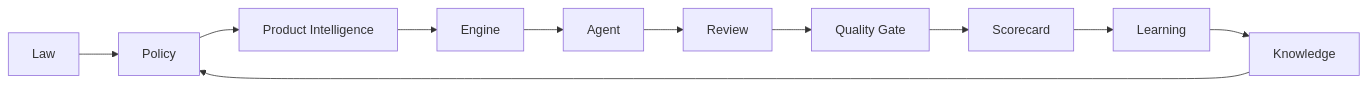
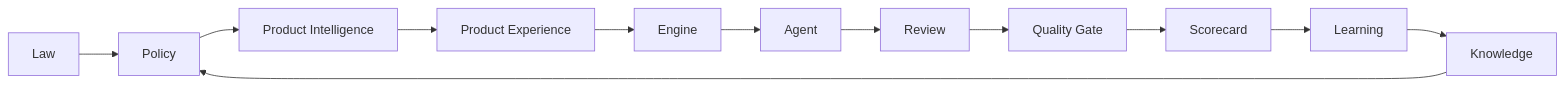
The diagram in knowledge-graph/README.md (thyags/method-ceip), drawn with Mermaid before and after one commit. The commit also changed other lines of this file and 130 other files, not shown here.

Commit message:
Add product experience system to CEIP

````diff
--- a/knowledge-graph/README.md
+++ b/knowledge-graph/README.md
@@ -38,13 +39,14 @@
 ```mermaid
 flowchart LR
     A["Law"] --> B["Policy"]
     B --> C["Product Intelligence"]
-    C --> D["Engine"]
-    D --> E["Agent"]
-    E --> F["Review"]
-    F --> G["Quality Gate"]
-    G --> H["Scorecard"]
-    H --> I["Learning"]
-    I --> J["Knowledge"]
-    J --> B
+    C --> D["Product Experience"]
+    D --> E["Engine"]
+    E --> F["Agent"]
+    F --> G["Review"]
+    G --> H["Quality Gate"]
+    H --> I["Scorecard"]
+    I --> J["Learning"]
+    J --> K["Knowledge"]
+    K --> B
 ```
````
